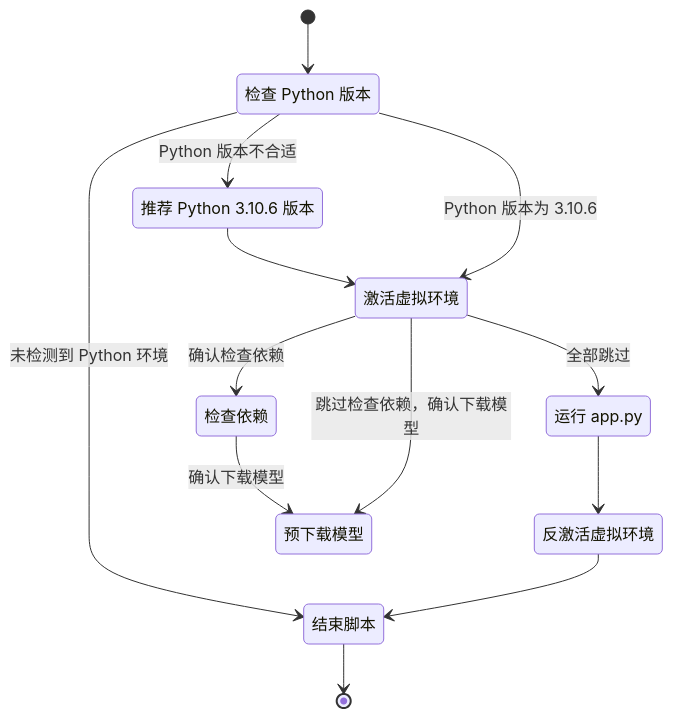
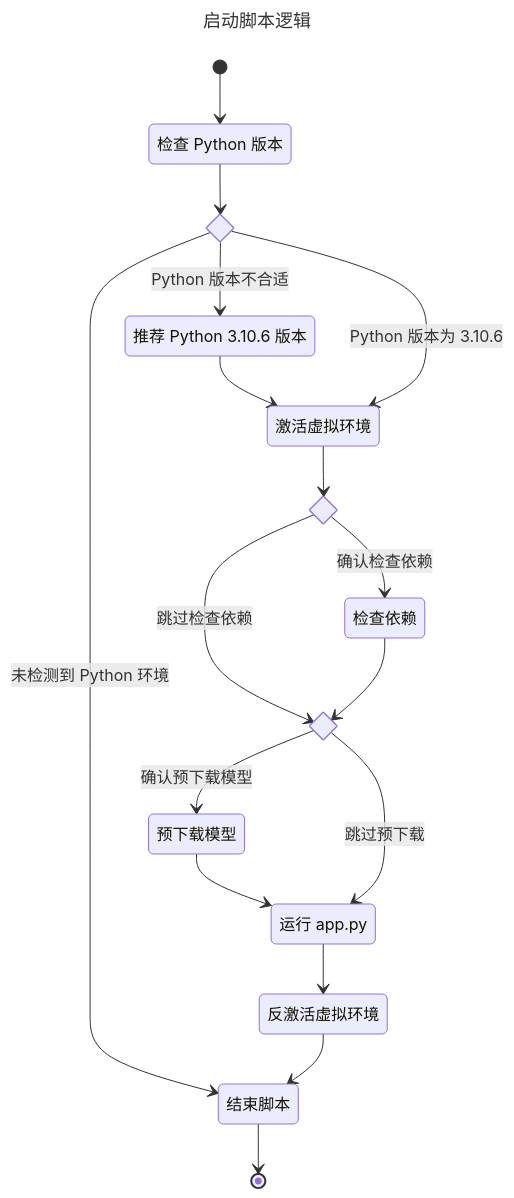
The second of 2 diagrams in README.md (CoolCLK/turn-live-photos), drawn with Mermaid before and after one commit. The commit also changed other lines of this file and 5 other files, not shown here.

````diff
--- a/README.md
+++ b/README.md
@@ -282,23 +310,33 @@
 ```mermaid
+---
+title: 启动脚本逻辑
+---
 stateDiagram-v2
     CheckPython: 检查 Python 版本
-        RecommandPython: 推荐 Python 3.10.6 版本
-        ActivateVenv: 激活虚拟环境
-        CheckRequirements: 检查依赖
-        DownloadModel: 预下载模型
-        DeactivateVenv: 反激活虚拟环境
-        ScriptApp: 运行 app.py
-        End: 结束脚本
-        [*] --> CheckPython
-        CheckPython --> End: 未检测到 Python 环境
-        CheckPython --> RecommandPython: Python 版本不合适
-        RecommandPython --> ActivateVenv
-        CheckPython --> ActivateVenv: Python 版本为 3.10.6
-        ActivateVenv --> CheckRequirements: 确认检查依赖
-        ActivateVenv --> DownloadModel: 跳过检查依赖，确认下载模型
-        ActivateVenv --> ScriptApp: 全部跳过
-        CheckRequirements --> DownloadModel: 确认下载模型
-        ScriptApp --> DeactivateVenv
-        DeactivateVenv --> End
-        End --> [*]
+    state python_state <<choice>>
+    RecommandPython: 推荐 Python 3.10.6 版本
+    ActivateVenv: 激活虚拟环境
+    state requirements_state <<choice>>
+    CheckRequirements: 检查依赖
+    state model_state <<choice>>
+    DownloadModel: 预下载模型
+    DeactivateVenv: 反激活虚拟环境
+    ScriptApp: 运行 app.py
+    End: 结束脚本
+    [*] --> CheckPython
+    CheckPython --> python_state
+    python_state --> End: 未检测到 Python 环境
+    python_state --> RecommandPython: Python 版本不合适
+    RecommandPython --> ActivateVenv
+    python_state --> ActivateVenv: Python 版本为 3.10.6
+    ActivateVenv --> requirements_state
+    requirements_state --> CheckRequirements: 确认检查依赖
+    requirements_state --> model_state: 跳过检查依赖
+    CheckRequirements --> model_state
+    model_state --> DownloadModel: 确认预下载模型
+    DownloadModel --> ScriptApp
+    model_state --> ScriptApp: 跳过预下载
+    ScriptApp --> DeactivateVenv
+    DeactivateVenv --> End
+    End --> [*]
 ```
````
